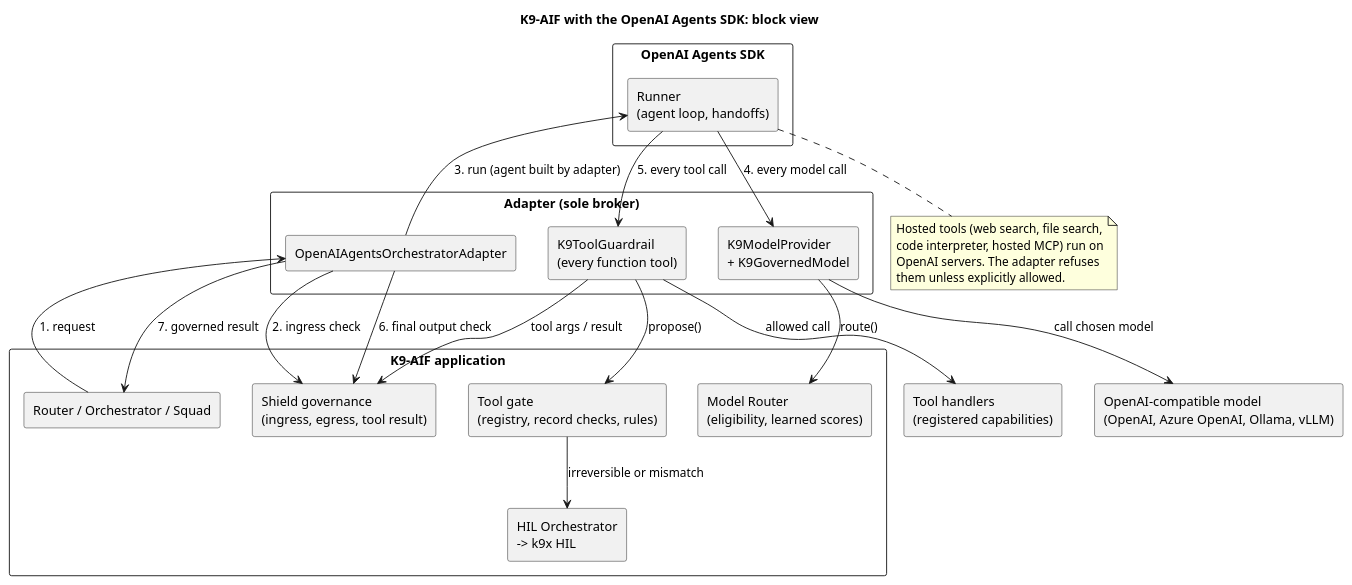
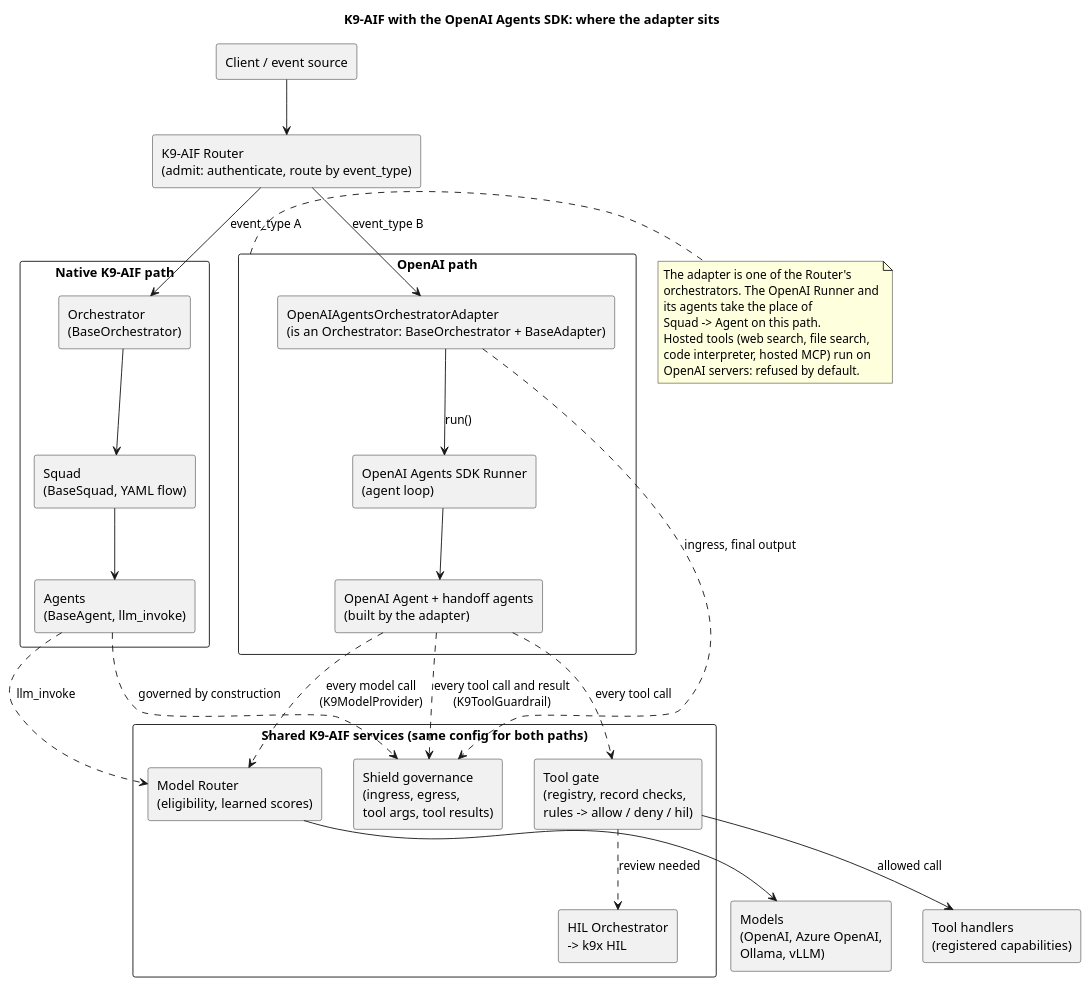
Before and after one commit to k9aif/examples: the diagram in k9x_openai_bedrock/diagrams/openai_block.puml, drawn with PlantUML. The commit also changed 2 other files, not shown here.

Commit message:
k9x_openai_bedrock: show Router -> adapter-as-orchestrator in the OpenAI block diagram and plan

```diff
--- a/k9x_openai_bedrock/diagrams/openai_block.puml
+++ b/k9x_openai_bedrock/diagrams/openai_block.puml
@@ -1,45 +1,60 @@
 @startuml openai_block
-title K9-AIF with the OpenAI Agents SDK: block view
+title K9-AIF with the OpenAI Agents SDK: where the adapter sits
+top to bottom direction
 
-rectangle "K9-AIF application" {
-  rectangle "Router / Orchestrator / Squad" as Caller
-  rectangle "Shield governance\n(ingress, egress, tool result)" as Shield
-  rectangle "Tool gate\n(registry, record checks, rules)" as Gate
-  rectangle "HIL Orchestrator\n-> k9x HIL" as HIL
-  rectangle "Model Router\n(eligibility, learned scores)" as Router
+rectangle "Client / event source" as Client
+
+rectangle "K9-AIF Router\n(admit: authenticate, route by event_type)" as Router
+
+rectangle "Native K9-AIF path" as Native {
+  rectangle "Orchestrator\n(BaseOrchestrator)" as Orch
+  rectangle "Squad\n(BaseSquad, YAML flow)" as Squad
+  rectangle "Agents\n(BaseAgent, llm_invoke)" as Agents
 }
 
-rectangle "Adapter (sole broker)" {
-  rectangle "OpenAIAgentsOrchestratorAdapter" as Adapter
-  rectangle "K9ToolGuardrail\n(every function tool)" as TG
-  rectangle "K9ModelProvider\n+ K9GovernedModel" as MP
+rectangle "OpenAI path" as OAI {
+  rectangle "OpenAIAgentsOrchestratorAdapter\n(is an Orchestrator: BaseOrchestrator + BaseAdapter)" as Adapter
+  rectangle "OpenAI Agents SDK Runner\n(agent loop)" as Runner
+  rectangle "OpenAI Agent + handoff agents\n(built by the adapter)" as OAgents
 }
 
-rectangle "OpenAI Agents SDK" {
-  rectangle "Runner\n(agent loop, handoffs)" as Runner
+rectangle "Shared K9-AIF services (same config for both paths)" as Shared {
+  rectangle "Shield governance\n(ingress, egress,\ntool args, tool results)" as Shield
+  rectangle "Tool gate\n(registry, record checks,\nrules -> allow / deny / hil)" as Gate
+  rectangle "HIL Orchestrator\n-> k9x HIL" as HIL
+  rectangle "Model Router\n(eligibility, learned scores)" as MR
 }
 
-rectangle "OpenAI-compatible model\n(OpenAI, Azure OpenAI, Ollama, vLLM)" as Model
+rectangle "Models\n(OpenAI, Azure OpenAI,\nOllama, vLLM)" as Models
 rectangle "Tool handlers\n(registered capabilities)" as Tools
 
-Caller --> Adapter : 1. request
-Adapter --> Shield : 2. ingress check
-Adapter --> Runner : 3. run (agent built by adapter)
-Runner --> MP : 4. every model call
-MP --> Router : route()
-MP --> Model : call chosen model
-Runner --> TG : 5. every tool call
-TG --> Shield : tool args / result
-TG --> Gate : propose()
-Gate --> HIL : irreversible or mismatch
-TG --> Tools : allowed call
-Adapter --> Shield : 6. final output check
-Adapter --> Caller : 7. governed result
+Client --> Router
+Router --> Orch : event_type A
+Router --> Adapter : event_type B
 
-note bottom of Runner
+Orch --> Squad
+Squad --> Agents
+
+Adapter --> Runner : run()
+Runner --> OAgents
+
+Adapter ..> Shield : ingress, final output
+OAgents ..> Shield : every tool call and result\n(K9ToolGuardrail)
+OAgents ..> Gate : every tool call
+OAgents ..> MR : every model call\n(K9ModelProvider)
+Agents ..> Shield : governed by construction
+Agents ..> MR : llm_invoke
+Gate ..> HIL : review needed
+MR --> Models
+Gate --> Tools : allowed call
+
+note right of OAI
+  The adapter is one of the Router's
+  orchestrators. The OpenAI Runner and
+  its agents take the place of
+  Squad -> Agent on this path.
   Hosted tools (web search, file search,
   code interpreter, hosted MCP) run on
-  OpenAI servers. The adapter refuses
-  them unless explicitly allowed.
+  OpenAI servers: refused by default.
 end note
 @enduml
```
